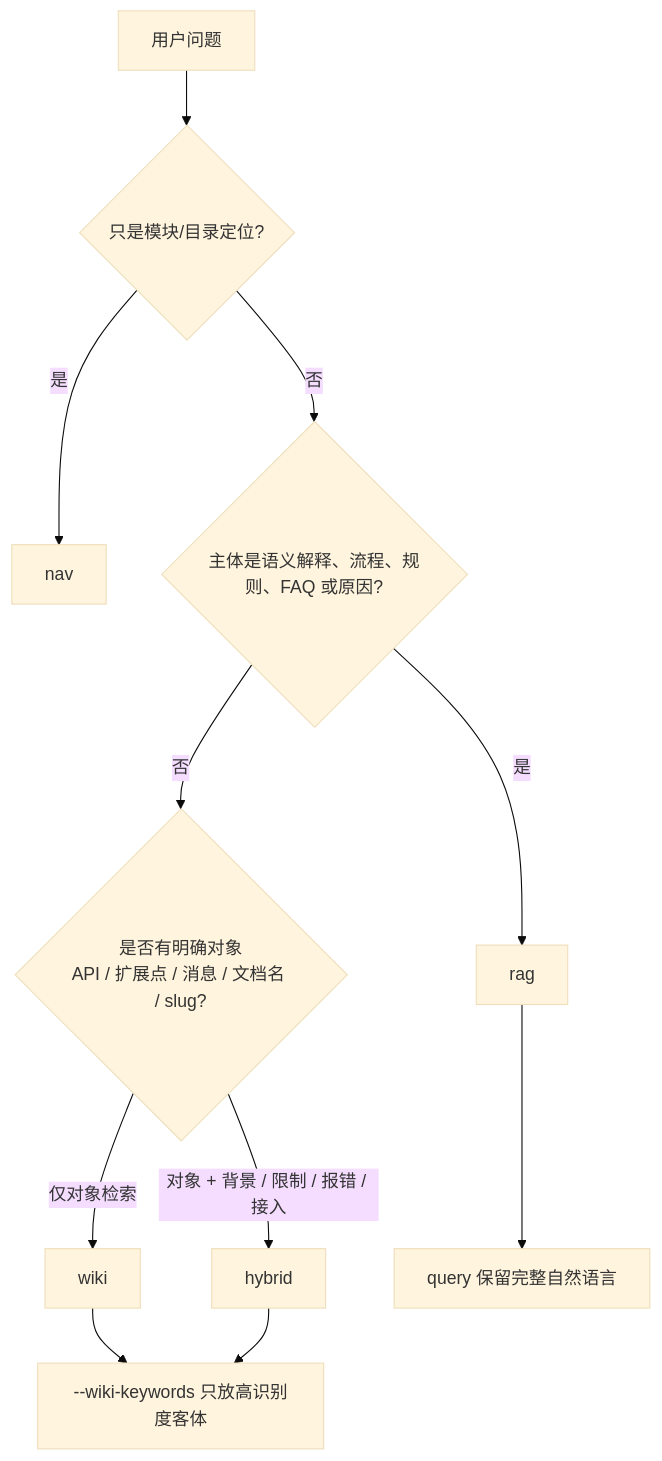
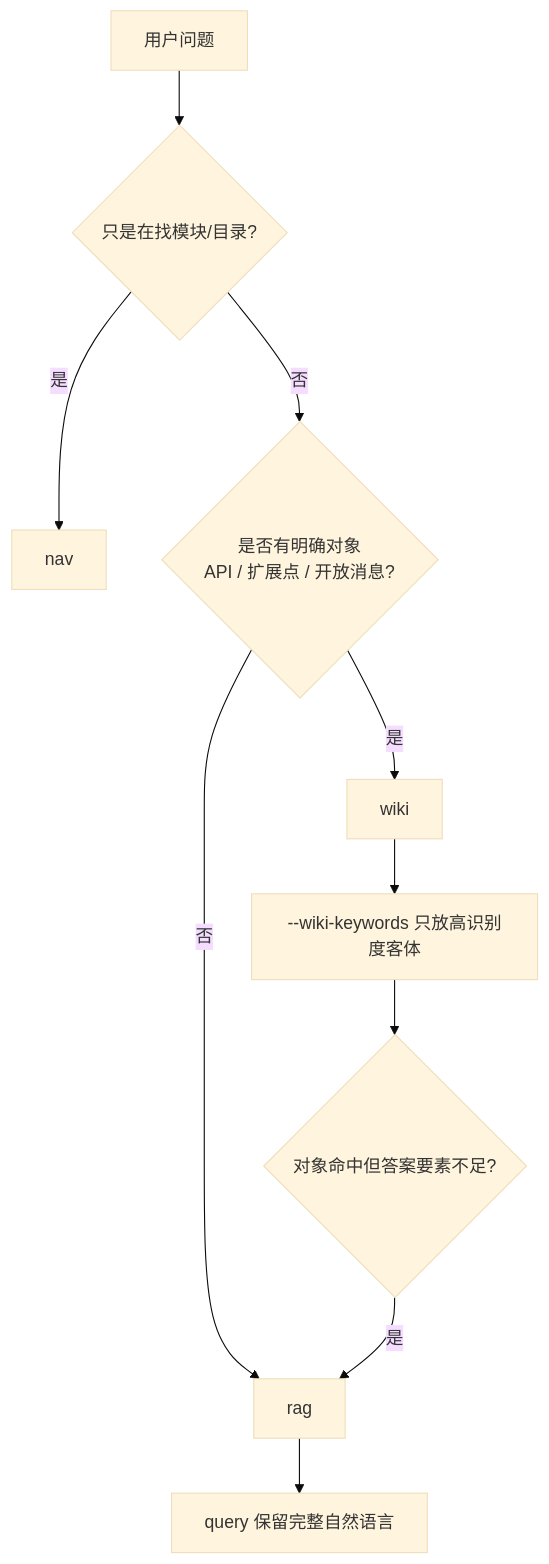
The diagram in plugins/youzan-toolkit/skills/yzy-knowledge-search/SKILL.md (youzan/youzanyun-toolkit), drawn with Mermaid (base theme) before and after one commit. The commit also changed other lines of this file and 9 other files, not shown here.

````diff
--- a/plugins/youzan-toolkit/skills/yzy-knowledge-search/SKILL.md
+++ b/plugins/youzan-toolkit/skills/yzy-knowledge-search/SKILL.md
@@ -63,13 +64,12 @@
 ```mermaid
 flowchart TD
-  Q["用户问题"] --> A{"只是模块/目录定位?"}
+  Q["用户问题"] --> A{"只是在找模块/目录?"}
   A -->|是| N["nav"]
-  A -->|否| B{"主体是语义解释、流程、规则、FAQ 或原因?"}
-  B -->|是| R["rag"]
-  B -->|否| C{"是否有明确对象<br/>API / 扩展点 / 消息 / 文档名 / slug?"}
-  C -->|仅对象检索| W["wiki"]
-  C -->|对象 + 背景 / 限制 / 报错 / 接入| H["hybrid"]
+  A -->|否| B{"是否有明确对象<br/>API / 扩展点 / 开放消息?"}
+  B -->|是| W["wiki"]
+  B -->|否| R["rag"]
   W --> K["--wiki-keywords 只放高识别度客体"]
-  H --> K
+  K --> D{"对象命中但答案要素不足?"}
+  D -->|是| R
   R --> S["query 保留完整自然语言"]
 ```
````
